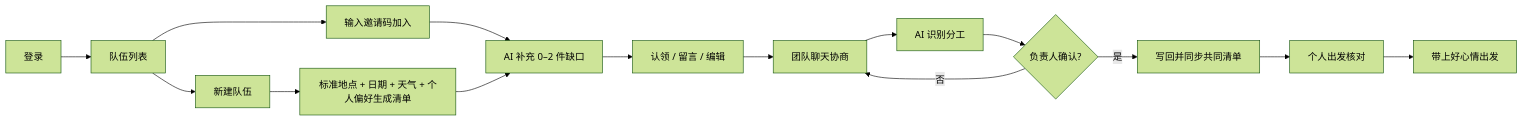
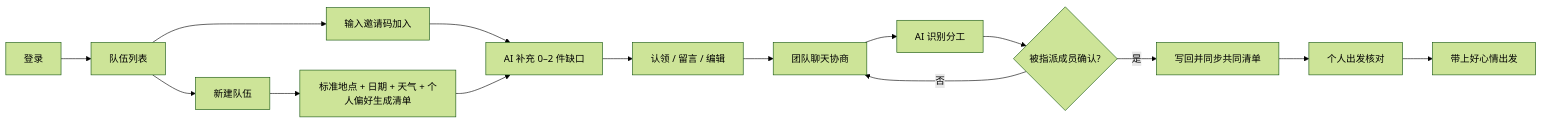
One commit to candy-zy/daiqi-ai-packlist changed the first of 2 diagrams in README.md. Above: the diagram before and after it, drawn with Mermaid (forest theme). The commit also changed other lines of this file and 6 other files, not shown here.

````diff
--- a/README.md
+++ b/README.md
@@ -115,17 +115,17 @@
 ```mermaid
 flowchart LR
   A[登录] --> B[队伍列表]
   B --> B1[新建队伍]
   B --> B2[输入邀请码加入]
   B1 --> C[标准地点 + 日期 + 天气 + 个人偏好生成清单]
   B2 --> D[AI 补充 0–2 件缺口]
   C --> D[AI 补充 0–2 件缺口]
   D --> E[认领 / 留言 / 编辑]
   E --> F[团队聊天协商]
   F --> G[AI 识别分工]
-  G --> H{负责人确认?}
+  G --> H{被指派成员确认?}
   H -- 是 --> I[写回并同步共同清单]
   H -- 否 --> F
   I --> J[个人出发核对]
   J --> K[带上好心情出发]
 ```
````
